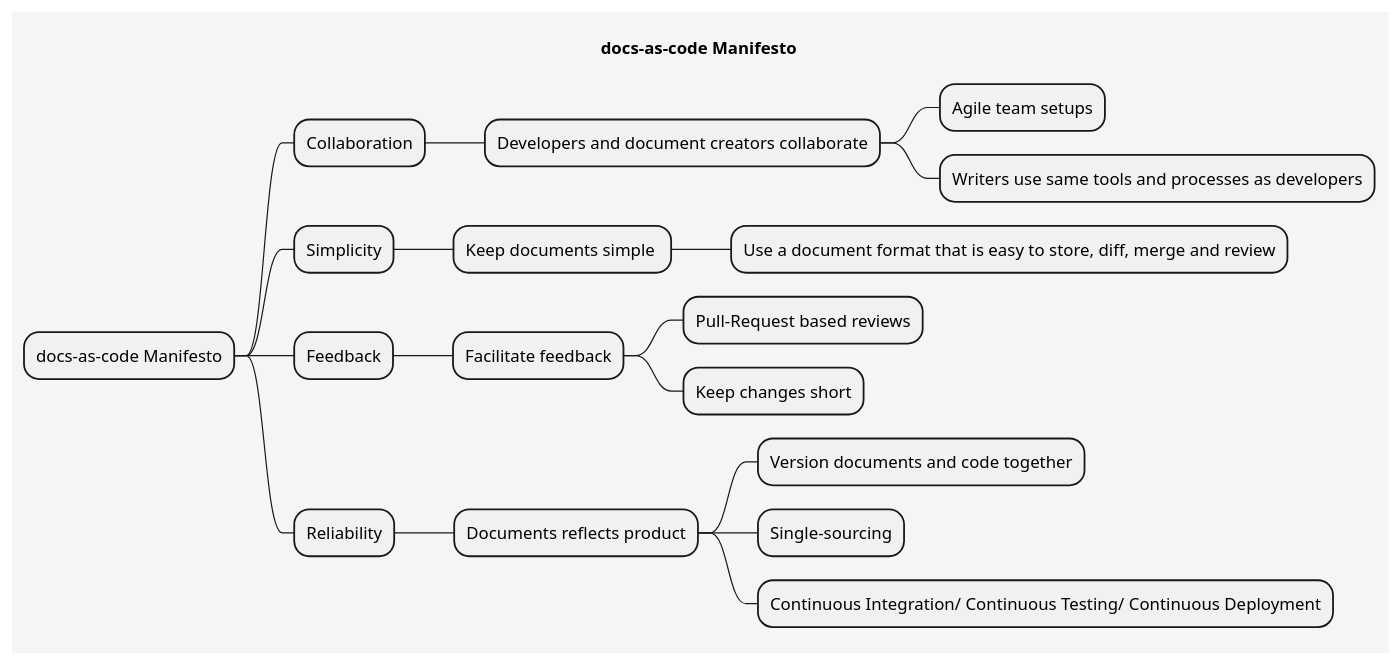
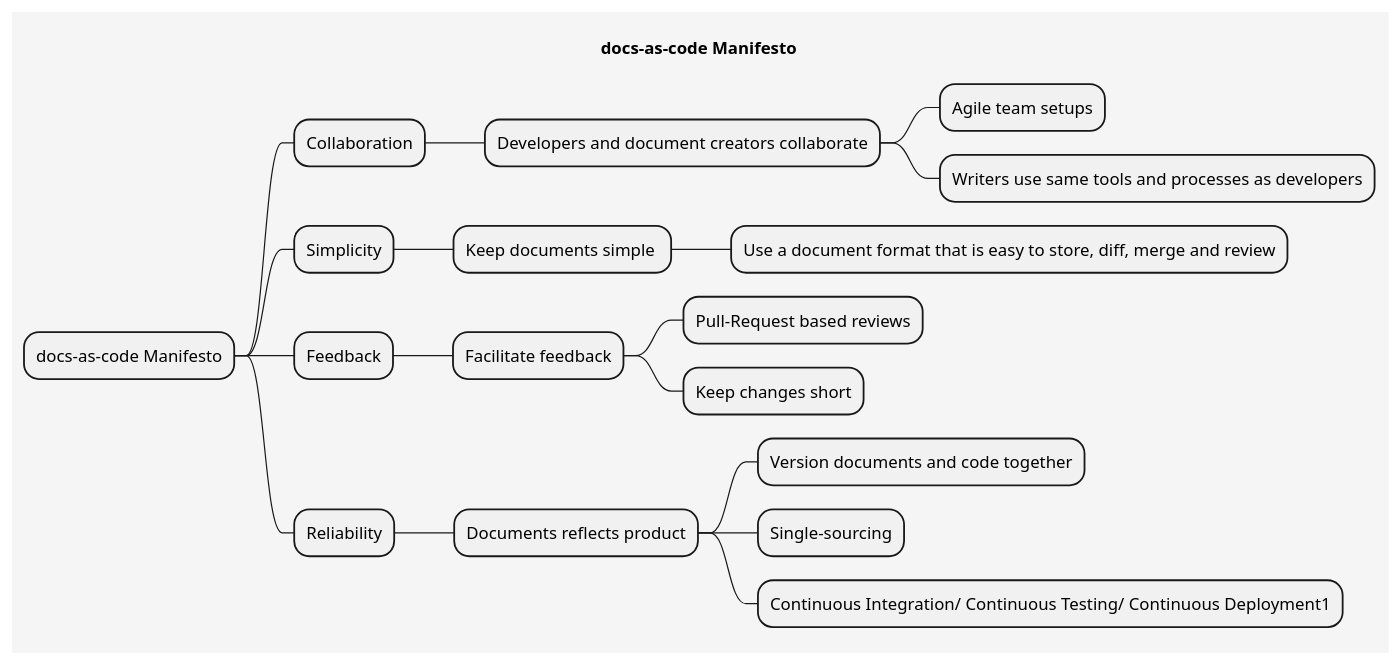
One commit to twodrops/docs-as-code-manifesto changed the diagram in MANIFESTO-Mindmap.puml. Above: the diagram before and after it, drawn with PlantUML.

```diff
--- a/MANIFESTO-Mindmap.puml
+++ b/MANIFESTO-Mindmap.puml
@@ -1,23 +1,23 @@
 @startmindmap docs-as-code-manifesto
 title docs-as-code Manifesto
 skinparam backgroundColor whitesmoke
 skinparam handwritten false
 skinparam monochrome true
 * docs-as-code Manifesto
 ** Collaboration
 *** Developers and document creators collaborate
 **** Agile team setups
 **** Writers use same tools and processes as developers
 ** Simplicity
 *** Keep documents simple 
 ****  Use a document format that is easy to store, diff, merge and review
 ** Feedback
 *** Facilitate feedback
 **** Pull-Request based reviews
 **** Keep changes short
 ** Reliability
 *** Documents reflects product
 **** Version documents and code together
 **** Single-sourcing
-**** Continuous Integration/ Continuous Testing/ Continuous Deployment
+**** Continuous Integration/ Continuous Testing/ Continuous Deployment1
 @endmindmap
```
